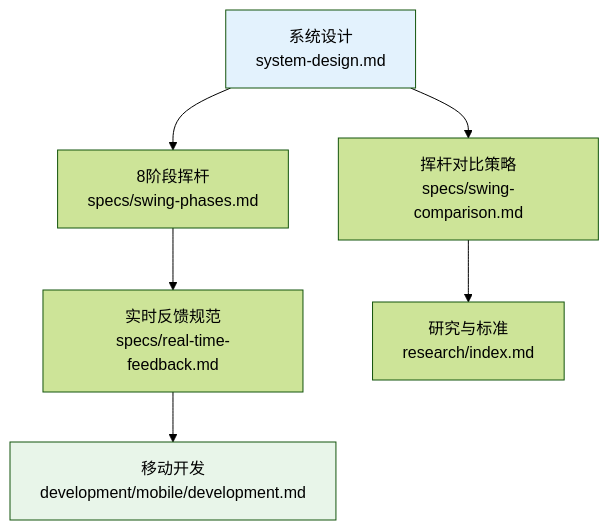
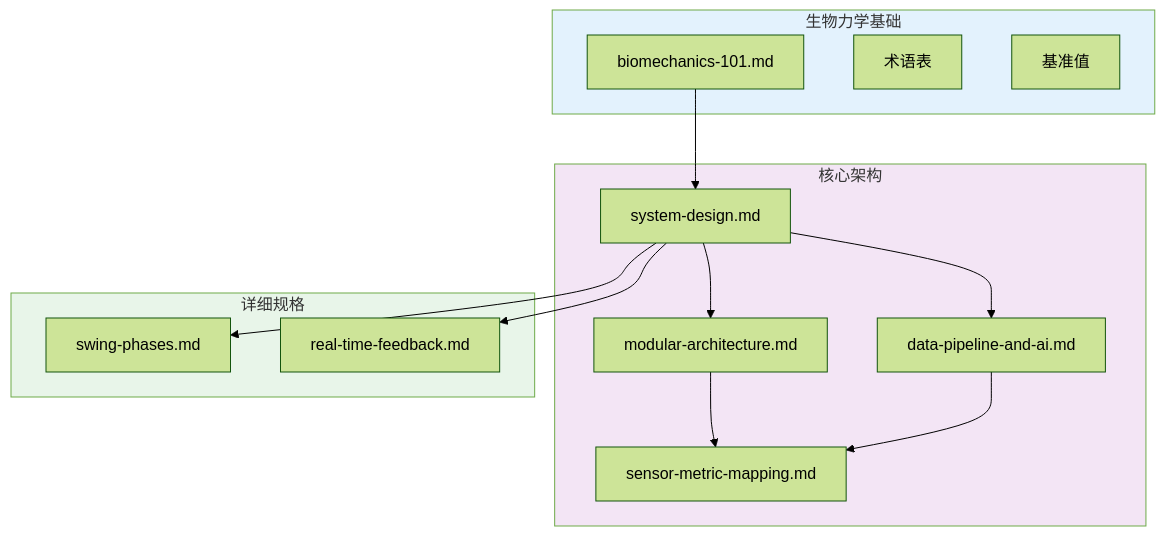
Before and after one commit to movement-chain-ai/movement-chain-docs: the diagram in docs/zh/design/index.md, drawn with Mermaid (forest theme). The commit also changed other lines of this file and 27 other files, not shown here.

First line of the commit message:
docs: reorganize design/ into foundations/ + architecture/ structure

````diff
--- a/docs/zh/design/index.md
+++ b/docs/zh/design/index.md
@@ -54,12 +87,32 @@
 ```mermaid
 graph TD
-    A[系统设计<br/>system-design.md] --> B[8阶段挥杆<br/>specs/swing-phases.md]
-    B --> C[实时反馈规范<br/>specs/real-time-feedback.md]
-    C --> D[移动开发<br/>development/mobile/development.md]
+    subgraph foundations["生物力学基础"]
+        F1[biomechanics-101.md]
+        F2[术语表]
+        F3[基准值]
+    end
 
-    A --> E[挥杆对比策略<br/>specs/swing-comparison.md]
-    E --> F[研究与标准<br/>research/index.md]
+    subgraph architecture["核心架构"]
+        A1[system-design.md]
+        A2[modular-architecture.md]
+        A3[data-pipeline-and-ai.md]
+        A4[sensor-metric-mapping.md]
+    end
 
-    style A fill:#e3f2fd
-    style D fill:#e8f5e9
+    subgraph specs["详细规格"]
+        S1[swing-phases.md]
+        S2[real-time-feedback.md]
+    end
+
+    F1 --> A1
+    A1 --> A2
+    A1 --> A3
+    A2 --> A4
+    A3 --> A4
+    A1 --> S1
+    A1 --> S2
+
+    style foundations fill:#e3f2fd
+    style architecture fill:#f3e5f5
+    style specs fill:#e8f5e9
 ```
````
